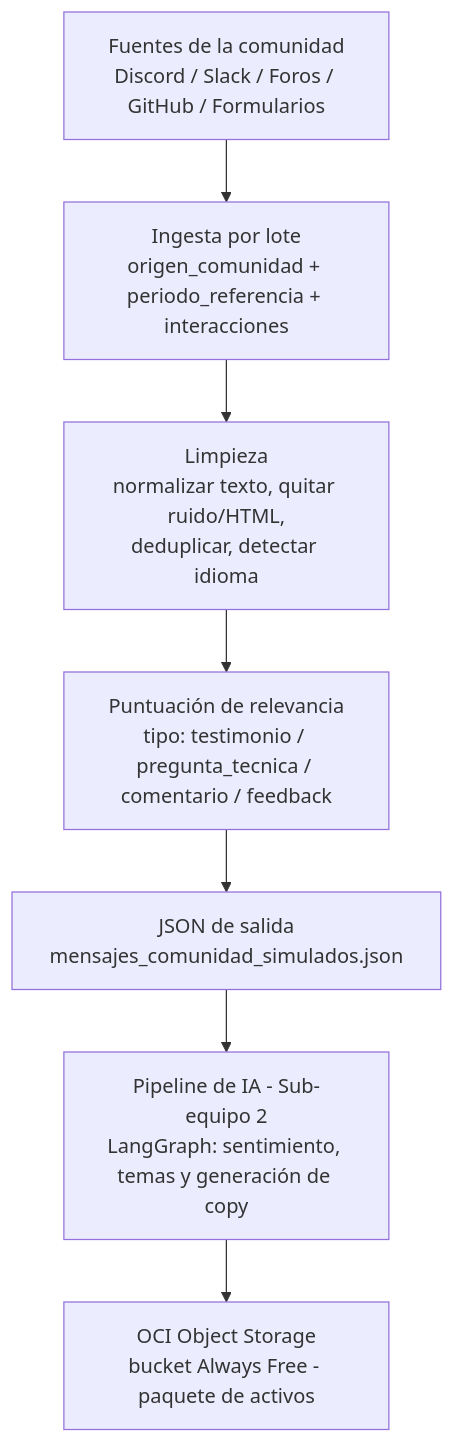
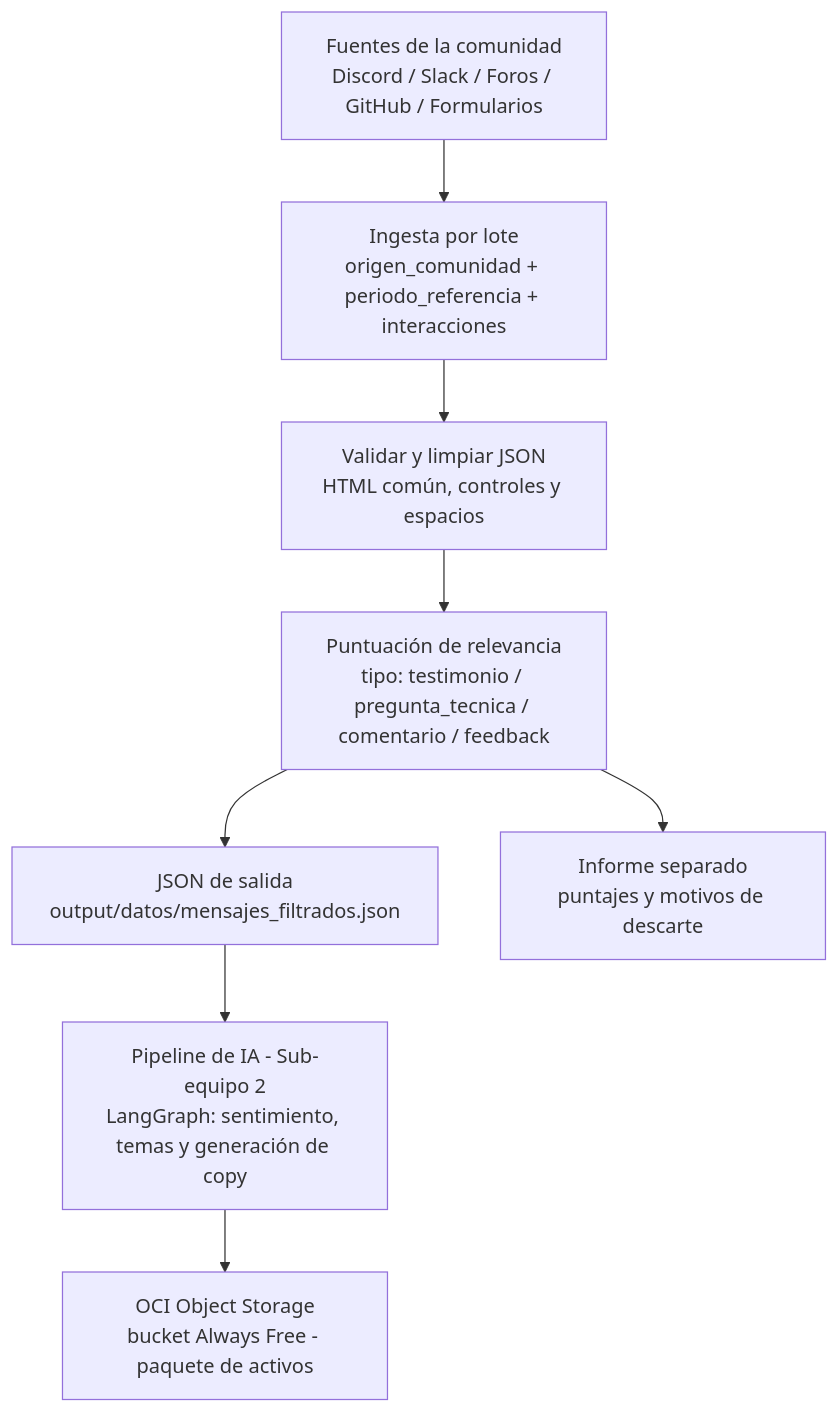
Before and after one commit to HenryH11/communitylab: the diagram in docs/diagrama_flujo_datos_ingesta.md, drawn with Mermaid. The commit also changed other lines of this file and 11 other files, not shown here.

````diff
--- a/docs/diagrama_flujo_datos_ingesta.md
+++ b/docs/diagrama_flujo_datos_ingesta.md
@@ -10,9 +10,10 @@
 ```mermaid
 flowchart TD
     A[Fuentes de la comunidad<br/>Discord / Slack / Foros / GitHub / Formularios] --> B[Ingesta por lote<br/>origen_comunidad + periodo_referencia + interacciones]
-    B --> C[Limpieza<br/>normalizar texto, quitar ruido/HTML,<br/>deduplicar, detectar idioma]
+    B --> C[Validar y limpiar JSON<br/>HTML común, controles y espacios]
     C --> D[Puntuación de relevancia<br/>tipo: testimonio / pregunta_tecnica / comentario / feedback]
-    D --> E[JSON de salida<br/>mensajes_comunidad_simulados.json]
+    D --> E[JSON de salida<br/>output/datos/mensajes_filtrados.json]
+    D --> R[Informe separado<br/>puntajes y motivos de descarte]
     E --> F[Pipeline de IA - Sub-equipo 2<br/>LangGraph: sentimiento, temas y generación de copy]
     F --> G[OCI Object Storage<br/>bucket Always Free - paquete de activos]
 ```
````
